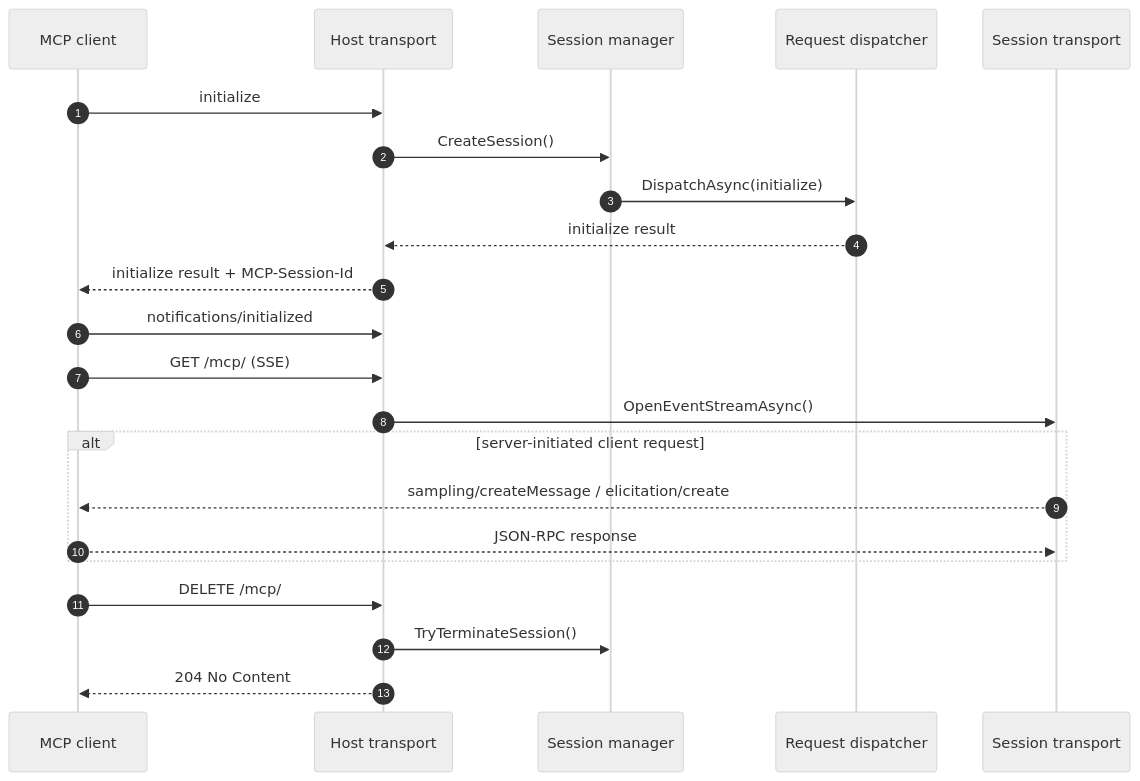
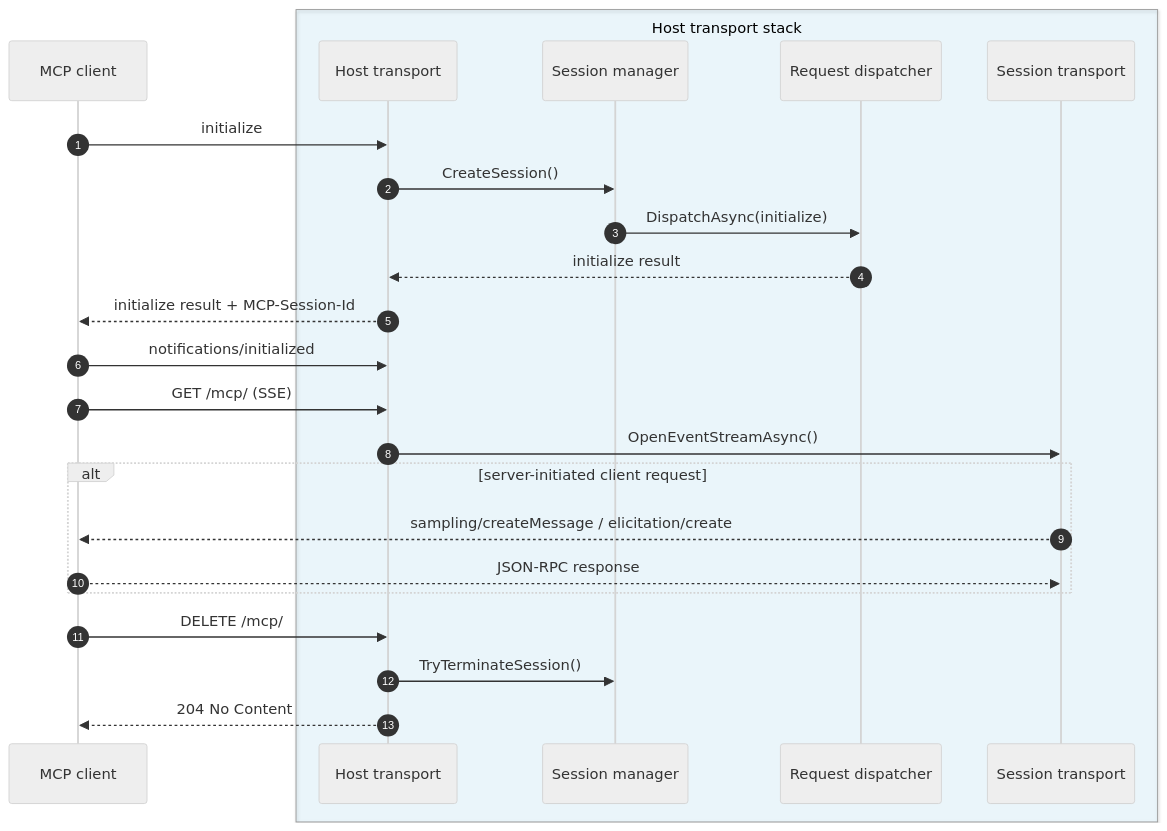
Before and after one commit to haxxornulled/SharpMCPServer: the diagram in docs/SPEC_COMPLIANCE.md, drawn with Mermaid (neutral theme). The commit also changed 97 other files, not shown here.

````diff
--- a/docs/SPEC_COMPLIANCE.md
+++ b/docs/SPEC_COMPLIANCE.md
@@ -32,28 +32,30 @@
 ```mermaid
 sequenceDiagram
     autonumber
     participant C as MCP client
-    participant T as Host transport
-    participant M as Session manager
-    participant D as Request dispatcher
-    participant S as Session transport
+    box rgba(56,189,248,0.08) Host transport stack
+        participant T as Host transport
+        participant M as Session manager
+        participant D as Request dispatcher
+        participant S as Session transport
+    end
 
     C->>T: initialize
     T->>M: CreateSession()
     M->>D: DispatchAsync(initialize)
     D-->>T: initialize result
     T-->>C: initialize result + MCP-Session-Id
 
     C->>T: notifications/initialized
     C->>T: GET /mcp/ (SSE)
     T->>S: OpenEventStreamAsync()
 
     alt server-initiated client request
         S-->>C: sampling/createMessage / elicitation/create
         C-->>S: JSON-RPC response
     end
 
     C->>T: DELETE /mcp/
     T->>M: TryTerminateSession()
     T-->>C: 204 No Content
 ```
````
